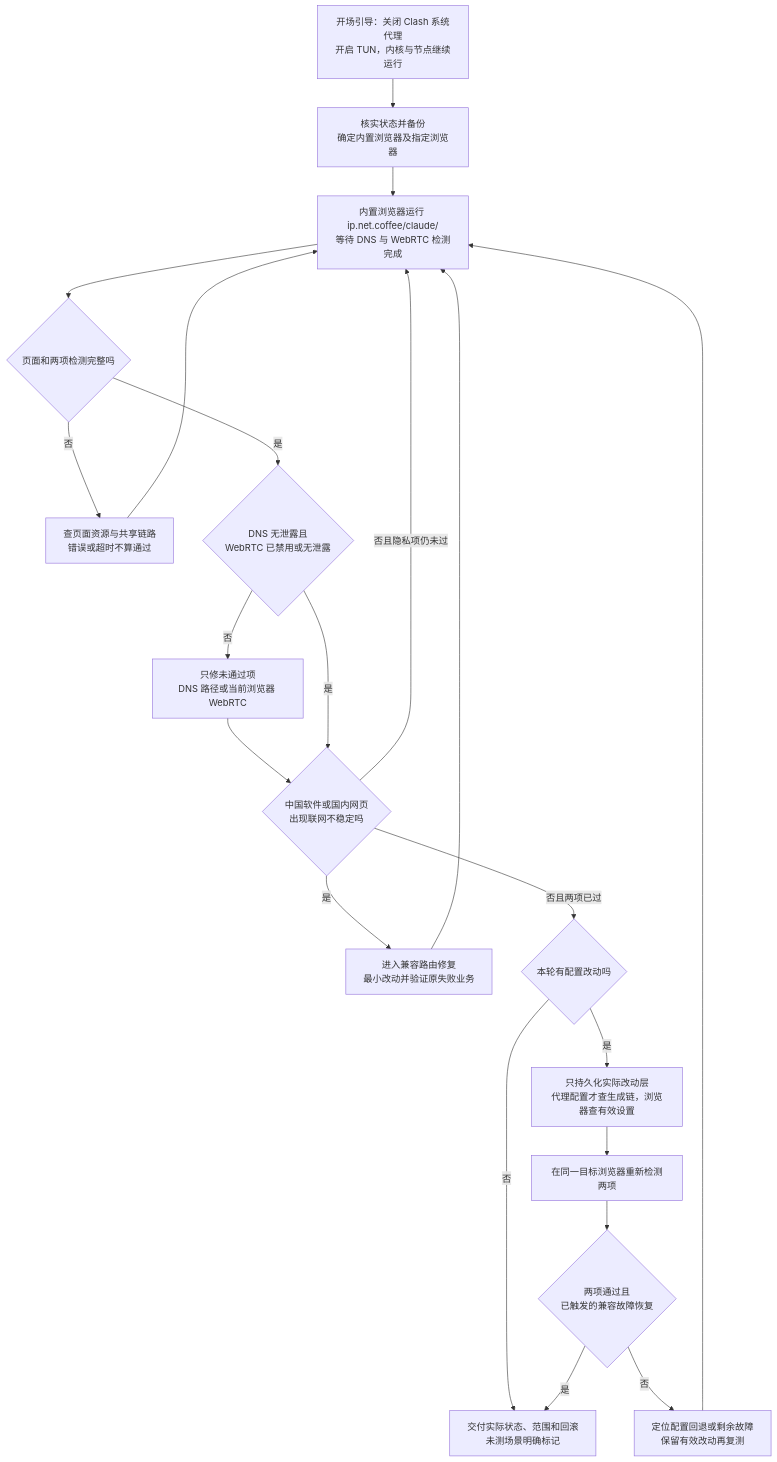
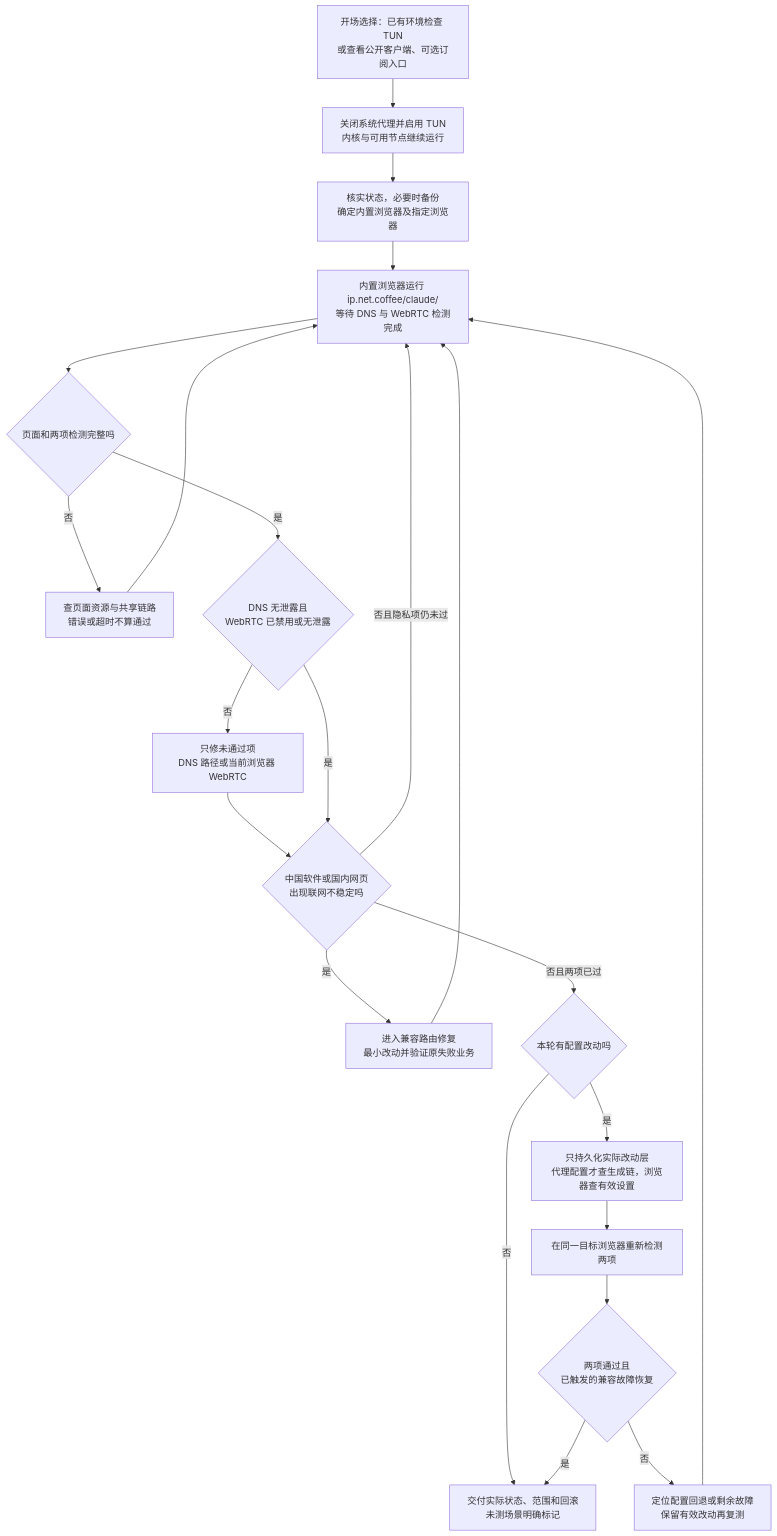
The diagram in references/agent-flow.md (mariozhaofan-pixel/dns-proxy-guard), drawn with Mermaid before and after one commit. The commit also changed other lines of this file and 3 other files, not shown here.

````diff
--- a/references/agent-flow.md
+++ b/references/agent-flow.md
@@ -5,23 +5,24 @@
 ```mermaid
 flowchart TD
-  A[开场引导：关闭 Clash 系统代理\n开启 TUN，内核与节点继续运行] --> B[核实状态并备份\n确定内置浏览器及指定浏览器]
+  A[开场选择：已有环境检查 TUN\n或查看公开客户端、可选订阅入口] --> A1[关闭系统代理并启用 TUN\n内核与可用节点继续运行]
+  A1 --> B[核实状态，必要时备份\n确定内置浏览器及指定浏览器]
   B --> C[内置浏览器运行 ip.net.coffee/claude/\n等待 DNS 与 WebRTC 检测完成]
   C --> D{页面和两项检测完整吗}
   D -->|否| E[查页面资源与共享链路\n错误或超时不算通过]
   E --> C
   D -->|是| F{DNS 无泄露且\nWebRTC 已禁用或无泄露}
   F -->|否| G[只修未通过项\nDNS 路径或当前浏览器 WebRTC]
   G --> H{中国软件或国内网页\n出现联网不稳定吗}
   F -->|是| H
   H -->|是| I[进入兼容路由修复\n最小改动并验证原失败业务]
   I --> C
   H -->|否且隐私项仍未过| C
   H -->|否且两项已过| J{本轮有配置改动吗}
   J -->|否| N[交付实际状态、范围和回滚\n未测场景明确标记]
   J -->|是| P[只持久化实际改动层\n代理配置才查生成链，浏览器查有效设置]
   P --> K[在同一目标浏览器重新检测两项]
   K --> L{两项通过且\n已触发的兼容故障恢复}
   L -->|否| M[定位配置回退或剩余故障\n保留有效改动再复测]
   M --> C
   L -->|是| N
 ```
````
